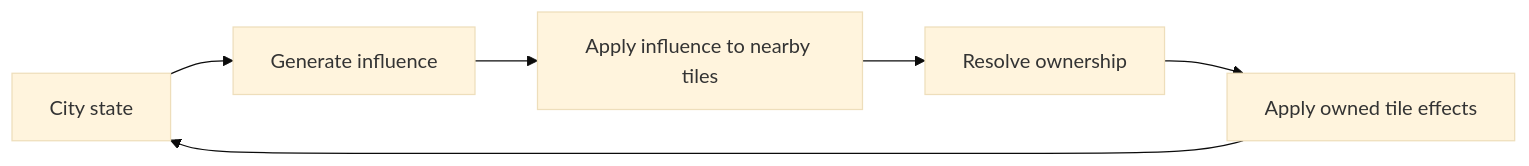
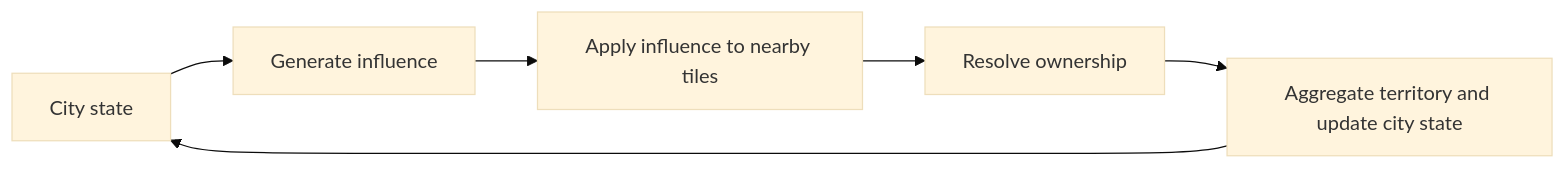
Before and after one commit to gram12321/tileideas: the fourth of 5 diagrams in docs/variablesoverview.md, drawn with Mermaid (base theme). The commit also changed other lines of this file and 6 other files, not shown here.

````diff
--- a/docs/variablesoverview.md
+++ b/docs/variablesoverview.md
@@ -77,8 +153,8 @@
 ```mermaid
 flowchart LR
   A[City state] --> B[Generate influence]
   B --> C[Apply influence to nearby tiles]
   C --> D[Resolve ownership]
-  D --> E[Apply owned tile effects]
+  D --> E[Aggregate territory and update city state]
   E --> A
 ```
````
